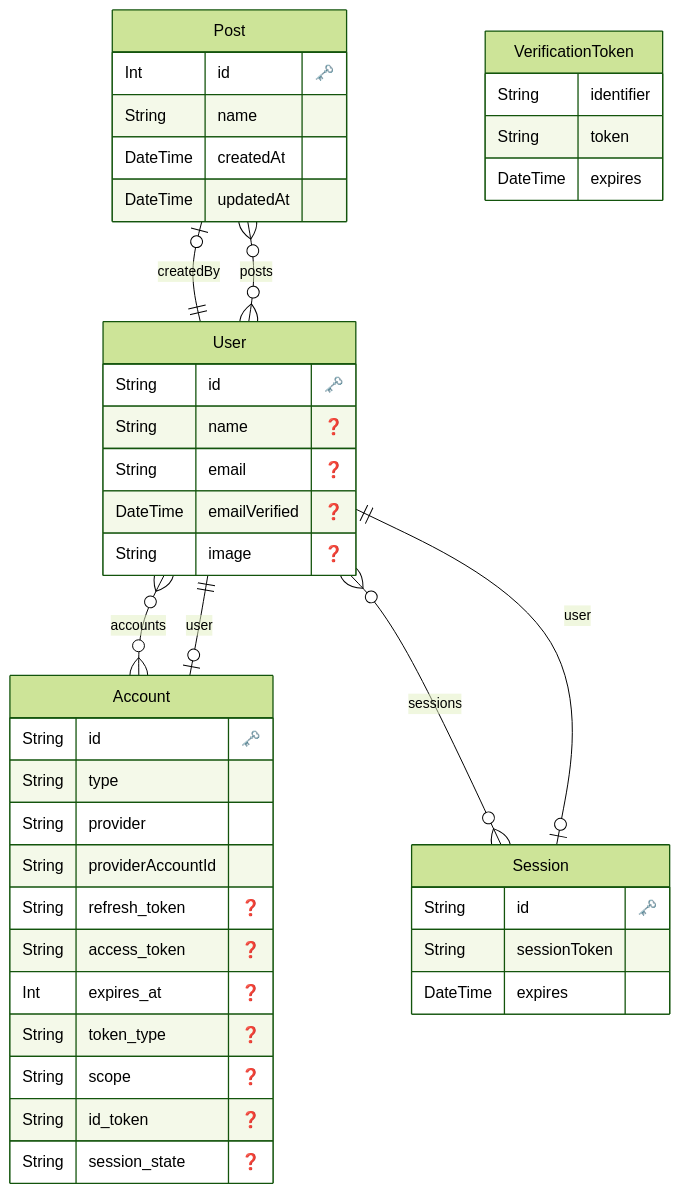
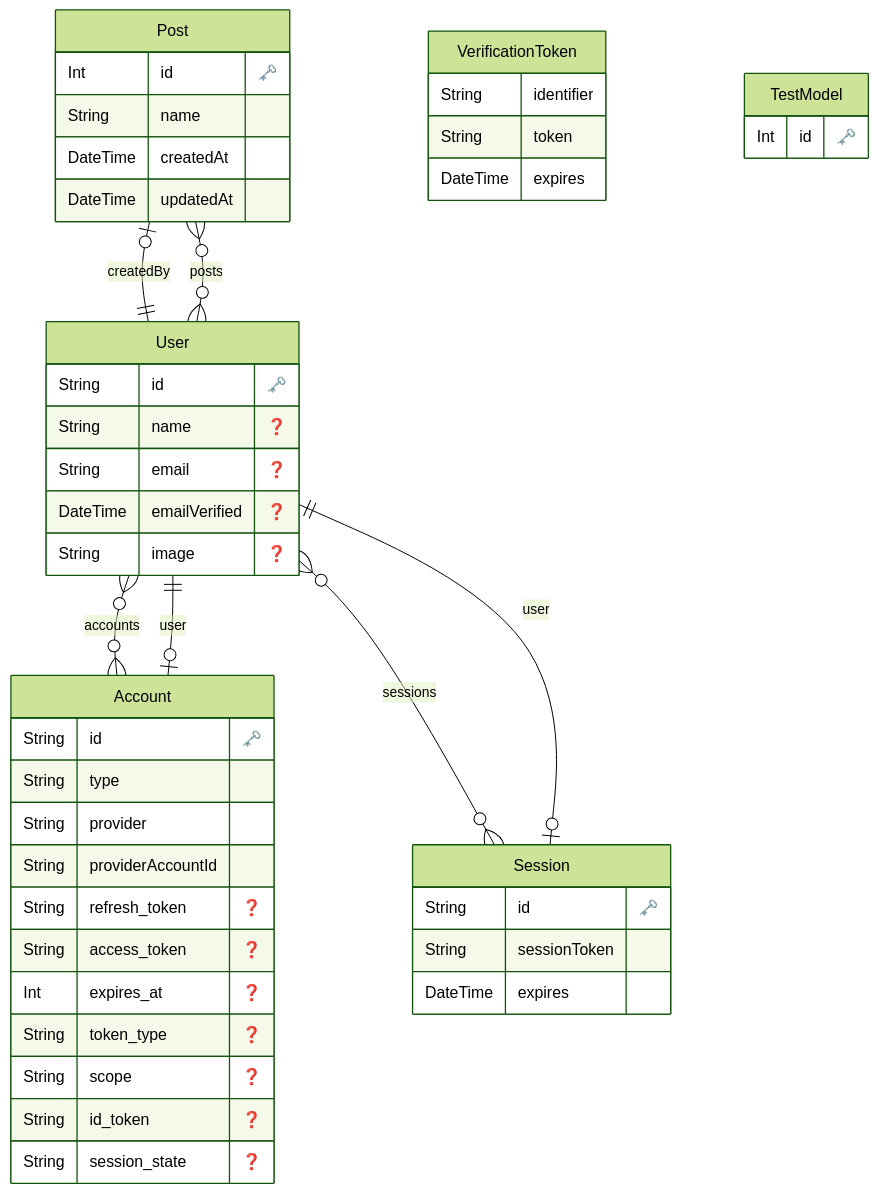
The diagram in prisma/ERD.md (mhatanorks/enthub), drawn with Mermaid (forest theme) before and after one commit. The commit also changed 2 other files, not shown here.

Commit message:
create copy erd wiki5

````diff
--- a/prisma/ERD.md
+++ b/prisma/ERD.md
@@ -1,55 +1,60 @@
 ```mermaid
 erDiagram
 
   "Post" {
     Int id "🗝️"
     String name 
     DateTime createdAt 
     DateTime updatedAt 
     }
   
 
   "Account" {
     String id "🗝️"
     String type 
     String provider 
     String providerAccountId 
     String refresh_token "❓"
     String access_token "❓"
     Int expires_at "❓"
     String token_type "❓"
     String scope "❓"
     String id_token "❓"
     String session_state "❓"
     }
   
 
   "Session" {
     String id "🗝️"
     String sessionToken 
     DateTime expires 
     }
   
 
   "User" {
     String id "🗝️"
     String name "❓"
     String email "❓"
     DateTime emailVerified "❓"
     String image "❓"
     }
   
 
   "VerificationToken" {
     String identifier 
     String token 
     DateTime expires 
     }
   
+
+  "TestModel" {
+    Int id "🗝️"
+    }
+  
     "Post" o|--|| "User" : "createdBy"
     "Account" o|--|| "User" : "user"
     "Session" o|--|| "User" : "user"
     "User" o{--}o "Account" : "accounts"
     "User" o{--}o "Session" : "sessions"
     "User" o{--}o "Post" : "posts"
 ```
````
